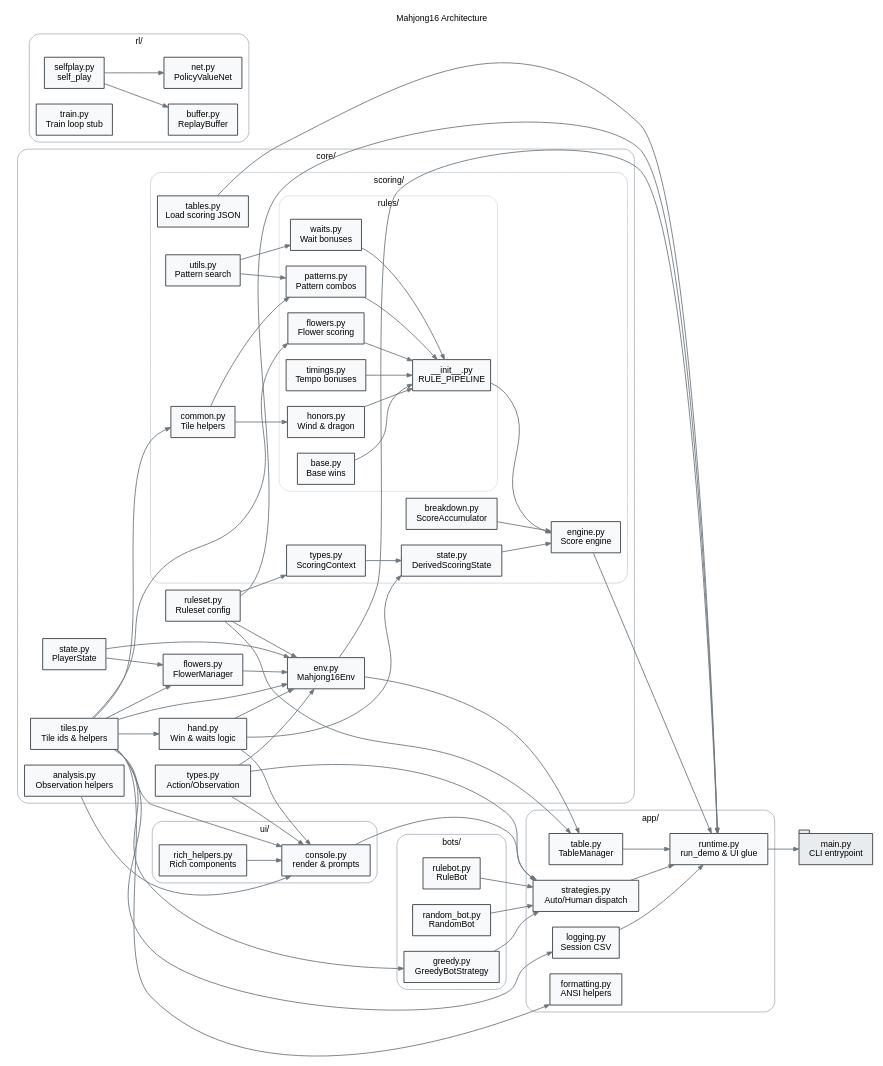
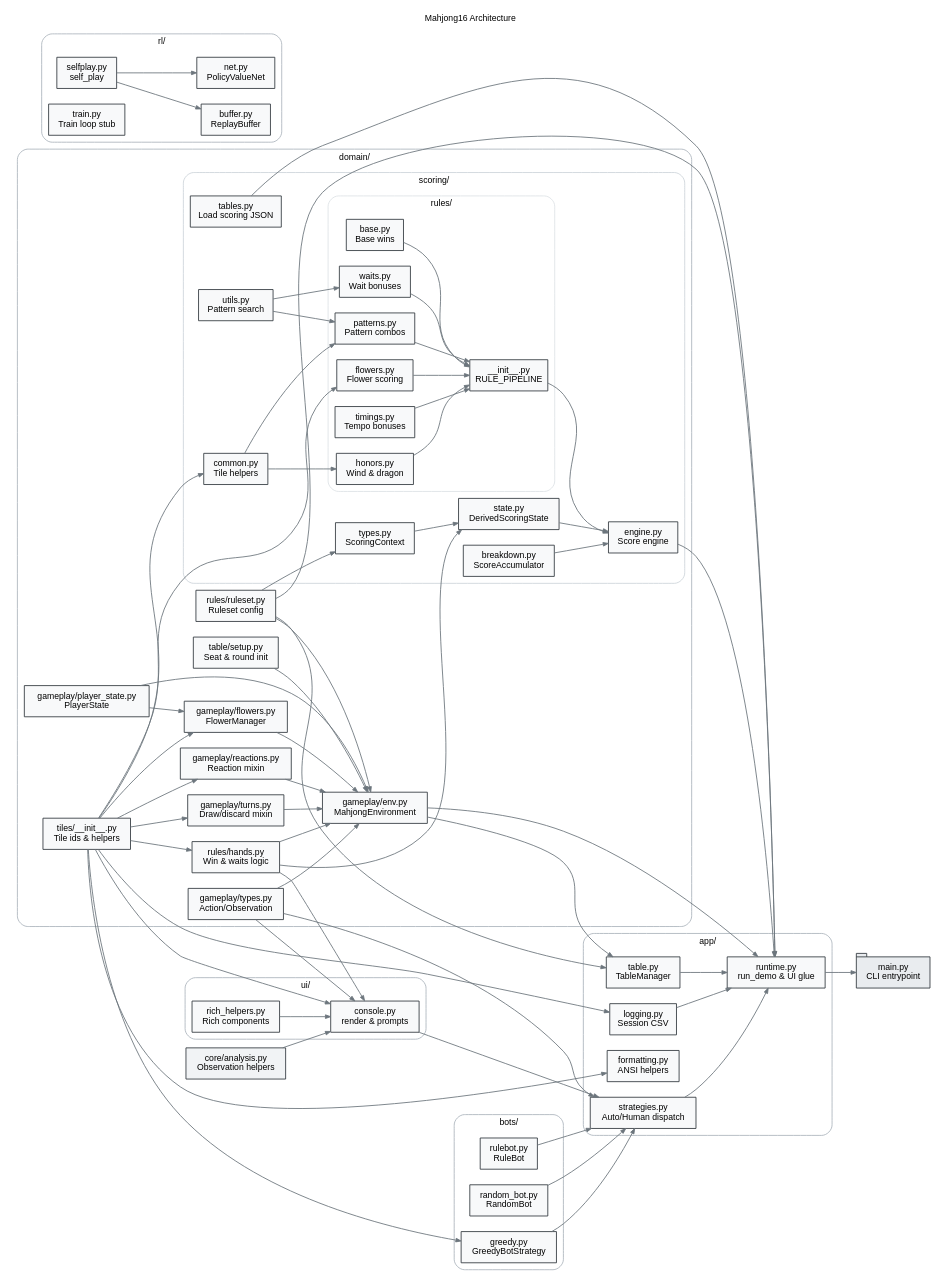
Before and after one commit to yuweiiihuang/mahjong16: the diagram in docs/architecture/diagram.gv, drawn with Graphviz. The commit also changed 67 other files, not shown here.

Commit message:
refactor: introduce domain gameplay package

```diff
--- a/docs/architecture/diagram.gv
+++ b/docs/architecture/diagram.gv
@@ -1,156 +1,165 @@
 // Graphviz diagram of Mahjong16 modules and dependencies
 digraph Mahjong16 {
     graph [rankdir=LR, fontsize=10, fontname="Helvetica", labelloc="t", label="Mahjong16 Architecture"];
     node [shape=box, fontsize=10, fontname="Helvetica", style="filled", fillcolor="#f8f9fa", color="#343a40"];
     edge [color="#6c757d", arrowsize=0.6];
 
-    subgraph cluster_core {
-        label = "core/";
+    subgraph cluster_domain {
+        label = "domain/";
         color = "#adb5bd";
         style = "rounded";
 
-        core_tiles    [label="tiles.py\nTile ids & helpers"];
-        core_ruleset  [label="ruleset.py\nRuleset config"];
-        core_types    [label="types.py\nAction/Observation"];
-        core_state    [label="state.py\nPlayerState"];
-        core_hand     [label="hand.py\nWin & waits logic"];
-        core_flowers  [label="flowers.py\nFlowerManager"];
-        core_env      [label="env.py\nMahjong16Env"];
-        core_analysis [label="analysis.py\nObservation helpers"];
+        domain_tiles      [label="tiles/__init__.py\nTile ids & helpers"];
+        domain_ruleset    [label="rules/ruleset.py\nRuleset config"];
+        domain_rules_hands[label="rules/hands.py\nWin & waits logic"];
+        domain_game_types [label="gameplay/types.py\nAction/Observation"];
+        domain_player     [label="gameplay/player_state.py\nPlayerState"];
+        domain_flowers    [label="gameplay/flowers.py\nFlowerManager"];
+        domain_turns      [label="gameplay/turns.py\nDraw/discard mixin"];
+        domain_reactions  [label="gameplay/reactions.py\nReaction mixin"];
+        domain_env        [label="gameplay/env.py\nMahjongEnvironment"];
+        domain_table      [label="table/setup.py\nSeat & round init"];
 
-        subgraph cluster_core_scoring {
+        subgraph cluster_domain_scoring {
             label = "scoring/";
             color = "#ced4da";
             style = "rounded";
 
-            core_sc_tables    [label="tables.py\nLoad scoring JSON"];
-            core_sc_types     [label="types.py\nScoringContext"];
-            core_sc_state     [label="state.py\nDerivedScoringState"];
-            core_sc_engine    [label="engine.py\nScore engine"];
-            core_sc_breakdown [label="breakdown.py\nScoreAccumulator"];
-            core_sc_common    [label="common.py\nTile helpers"];
-            core_sc_utils     [label="utils.py\nPattern search"];
+            domain_sc_tables    [label="tables.py\nLoad scoring JSON"];
+            domain_sc_types     [label="types.py\nScoringContext"];
+            domain_sc_state     [label="state.py\nDerivedScoringState"];
+            domain_sc_engine    [label="engine.py\nScore engine"];
+            domain_sc_breakdown [label="breakdown.py\nScoreAccumulator"];
+            domain_sc_common    [label="common.py\nTile helpers"];
+            domain_sc_utils     [label="utils.py\nPattern search"];
 
-            subgraph cluster_core_scoring_rules {
+            subgraph cluster_domain_scoring_rules {
                 label = "rules/";
                 color = "#dee2e6";
                 style = "rounded";
 
-                core_sc_rules_pipeline [label="__init__.py\nRULE_PIPELINE"];
-                core_sc_rules_flowers  [label="flowers.py\nFlower scoring"];
-                core_sc_rules_base     [label="base.py\nBase wins"];
-                core_sc_rules_waits    [label="waits.py\nWait bonuses"];
-                core_sc_rules_patterns [label="patterns.py\nPattern combos"];
-                core_sc_rules_honors   [label="honors.py\nWind & dragon"];
-                core_sc_rules_timings  [label="timings.py\nTempo bonuses"];
+                domain_sc_rules_pipeline [label="__init__.py\nRULE_PIPELINE"];
+                domain_sc_rules_flowers  [label="flowers.py\nFlower scoring"];
+                domain_sc_rules_base     [label="base.py\nBase wins"];
+                domain_sc_rules_waits    [label="waits.py\nWait bonuses"];
+                domain_sc_rules_patterns [label="patterns.py\nPattern combos"];
+                domain_sc_rules_honors   [label="honors.py\nWind & dragon"];
+                domain_sc_rules_timings  [label="timings.py\nTempo bonuses"];
             }
         }
     }
+
+    core_analysis [label="core/analysis.py\nObservation helpers", fillcolor="#f1f3f5"];
 
     subgraph cluster_app {
         label = "app/";
         color = "#adb5bd";
         style = "rounded";
         app_table    [label="table.py\nTableManager"];
         app_strat    [label="strategies.py\nAuto/Human dispatch"];
         app_runtime  [label="runtime.py\nrun_demo & UI glue"];
         app_logging  [label="logging.py\nSession CSV"];
         app_format   [label="formatting.py\nANSI helpers"];
     }
 
     subgraph cluster_ui {
         label = "ui/";
         color = "#adb5bd";
         style = "rounded";
         ui_console [label="console.py\nrender & prompts"];
         ui_helpers [label="rich_helpers.py\nRich components"];
     }
 
     subgraph cluster_bots {
         label = "bots/";
         color = "#adb5bd";
         style = "rounded";
         bot_rule   [label="rulebot.py\nRuleBot"];
         bot_random [label="random_bot.py\nRandomBot"];
         bot_greedy [label="greedy.py\nGreedyBotStrategy"];
     }
 
     subgraph cluster_rl {
         label = "rl/";
         color = "#adb5bd";
         style = "rounded";
         rl_selfplay [label="selfplay.py\nself_play"];
         rl_buffer   [label="buffer.py\nReplayBuffer"];
         rl_net      [label="net.py\nPolicyValueNet"];
         rl_train    [label="train.py\nTrain loop stub"];
     }
 
     main_cli [label="main.py\nCLI entrypoint", shape=tab, fillcolor="#e9ecef"];
 
-    // Core dependencies
-    core_tiles -> core_hand;
-    core_tiles -> core_env;
-    core_tiles -> core_flowers;
-    core_tiles -> core_sc_common;
-    core_tiles -> core_sc_rules_flowers;
-    core_tiles -> ui_console;
-    core_tiles -> app_logging;
-    core_tiles -> app_format;
-    core_tiles -> bot_greedy;
+    // Domain dependencies
+    domain_tiles -> domain_rules_hands;
+    domain_tiles -> domain_flowers;
+    domain_tiles -> domain_turns;
+    domain_tiles -> domain_reactions;
+    domain_tiles -> domain_sc_common;
+    domain_tiles -> domain_sc_rules_flowers;
+    domain_tiles -> ui_console;
+    domain_tiles -> app_logging;
+    domain_tiles -> app_format;
+    domain_tiles -> bot_greedy;
 
-    core_ruleset -> core_env;
-    core_ruleset -> core_sc_types;
-    core_ruleset -> app_table;
-    core_ruleset -> app_runtime;
+    domain_ruleset -> domain_env;
+    domain_ruleset -> domain_sc_types;
+    domain_ruleset -> app_table;
+    domain_ruleset -> app_runtime;
 
-    core_types -> core_env;
-    core_types -> ui_console;
-    core_types -> app_strat;
+    domain_game_types -> domain_env;
+    domain_game_types -> ui_console;
+    domain_game_types -> app_strat;
 
-    core_state -> core_flowers;
-    core_state -> core_env;
+    domain_player -> domain_flowers;
+    domain_player -> domain_env;
 
-    core_hand -> core_env;
-    core_hand -> core_sc_state;
-    core_hand -> ui_console;
+    domain_rules_hands -> domain_env;
+    domain_rules_hands -> domain_sc_state;
+    domain_rules_hands -> ui_console;
 
-    core_flowers -> core_env;
+    domain_flowers -> domain_env;
+
+    domain_turns -> domain_env;
+    domain_reactions -> domain_env;
+    domain_table -> domain_env;
 
     core_analysis -> ui_console;
 
-    core_env -> app_table;
-    core_env -> app_runtime;
+    domain_env -> app_table;
+    domain_env -> app_runtime;
 
-    core_sc_tables -> app_runtime;
-    core_sc_types -> core_sc_state;
-    core_sc_common -> core_sc_rules_patterns;
-    core_sc_common -> core_sc_rules_honors;
-    core_sc_utils -> core_sc_rules_patterns;
-    core_sc_utils -> core_sc_rules_waits;
-    core_sc_state -> core_sc_engine;
-    core_sc_rules_flowers -> core_sc_rules_pipeline;
-    core_sc_rules_base -> core_sc_rules_pipeline;
-    core_sc_rules_waits -> core_sc_rules_pipeline;
-    core_sc_rules_patterns -> core_sc_rules_pipeline;
-    core_sc_rules_honors -> core_sc_rules_pipeline;
-    core_sc_rules_timings -> core_sc_rules_pipeline;
-    core_sc_rules_pipeline -> core_sc_engine;
-    core_sc_engine -> app_runtime;
-    core_sc_breakdown -> core_sc_engine;
+    domain_sc_tables -> app_runtime;
+    domain_sc_types -> domain_sc_state;
+    domain_sc_common -> domain_sc_rules_patterns;
+    domain_sc_common -> domain_sc_rules_honors;
+    domain_sc_utils -> domain_sc_rules_patterns;
+    domain_sc_utils -> domain_sc_rules_waits;
+    domain_sc_state -> domain_sc_engine;
+    domain_sc_rules_flowers -> domain_sc_rules_pipeline;
+    domain_sc_rules_base -> domain_sc_rules_pipeline;
+    domain_sc_rules_waits -> domain_sc_rules_pipeline;
+    domain_sc_rules_patterns -> domain_sc_rules_pipeline;
+    domain_sc_rules_honors -> domain_sc_rules_pipeline;
+    domain_sc_rules_timings -> domain_sc_rules_pipeline;
+    domain_sc_rules_pipeline -> domain_sc_engine;
+    domain_sc_engine -> app_runtime;
+    domain_sc_breakdown -> domain_sc_engine;
 
     ui_helpers -> ui_console;
 
     app_table -> app_runtime;
     app_strat -> app_runtime;
     app_logging -> app_runtime;
     ui_console -> app_strat;
 
     bot_rule -> app_strat;
     bot_random -> app_strat;
     bot_greedy -> app_strat;
 
     rl_selfplay -> rl_buffer;
     rl_selfplay -> rl_net;
 
     app_runtime -> main_cli;
 }
```
